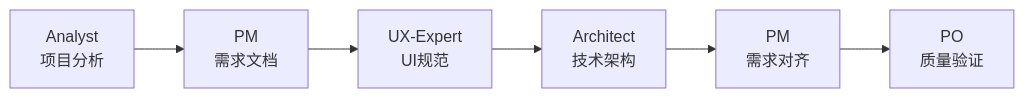
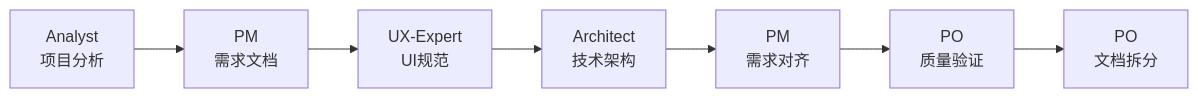
The first of 2 diagrams in README.md (dorayo/orchestrix), drawn with Mermaid before and after one commit. The commit also changed other lines of this file and 11 other files, not shown here.

````diff
--- a/README.md
+++ b/README.md
@@ -52,8 +52,9 @@
 ```mermaid
 graph LR
     A[Analyst<br/>项目分析] --> B[PM<br/>需求文档]
     B --> C[UX-Expert<br/>UI规范]
     C --> D[Architect<br/>技术架构]
     D --> E[PM<br/>需求对齐]
     E --> F[PO<br/>质量验证]
+    F --> G[PO<br/>文档拆分]
 ```
````
